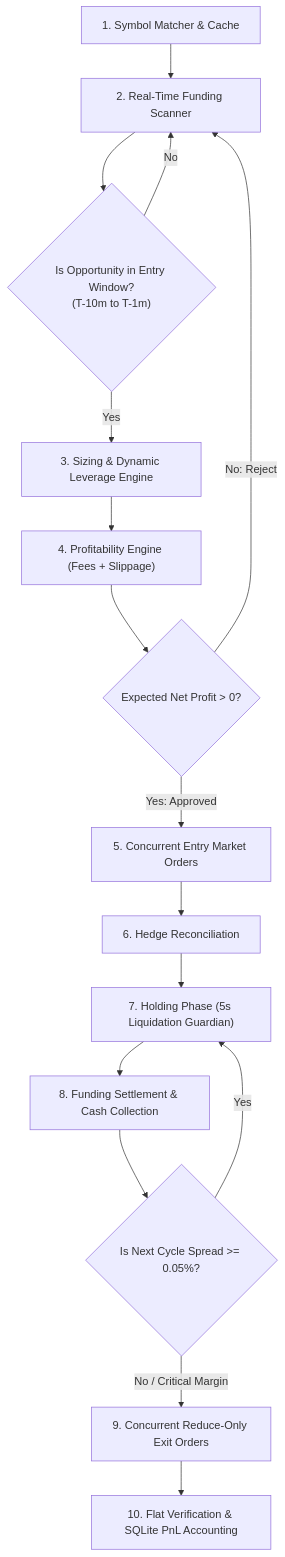
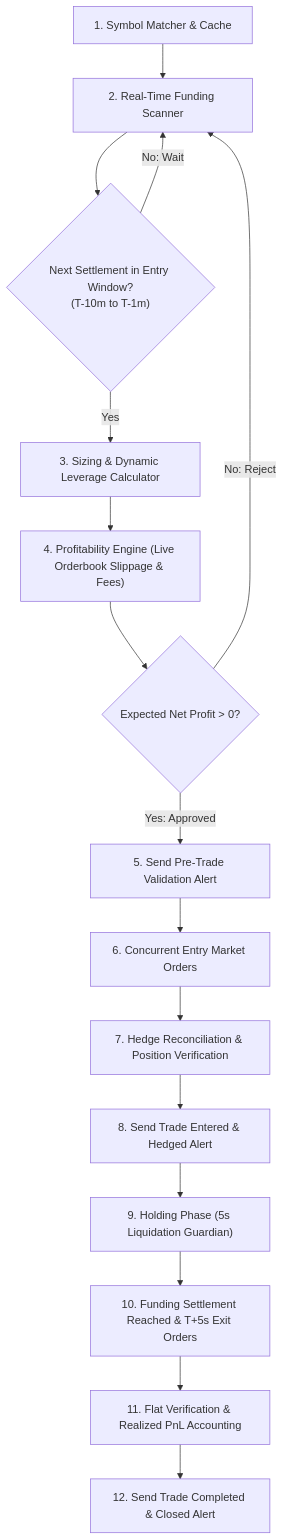
Before and after one commit to yashpatoliya14/funding-nucleus: the diagram in STRATEGY_EXPLAINED.md, drawn with Mermaid. The commit also changed other lines of this file and 1 other file, not shown here.

Commit message:
feat: add script to fix currency formatting in execution engine and update strategy documentation

````diff
--- a/STRATEGY_EXPLAINED.md
+++ b/STRATEGY_EXPLAINED.md
@@ -77,18 +105,18 @@
 ```mermaid
 flowchart TD
     A["1. Symbol Matcher & Cache"] --> B["2. Real-Time Funding Scanner"]
-    B --> C{"Is Opportunity in Entry Window?\n(T-10m to T-1m)"}
-    C -- "No" --> B
-    C -- "Yes" --> D["3. Sizing & Dynamic Leverage Engine"]
-    D --> E["4. Profitability Engine (Fees + Slippage)"]
+    B --> C{"Next Settlement in Entry Window?\n(T-10m to T-1m)"}
+    C -- "No: Wait" --> B
+    C -- "Yes" --> D["3. Sizing & Dynamic Leverage Calculator"]
+    D --> E["4. Profitability Engine (Live Orderbook Slippage & Fees)"]
     E --> F{"Expected Net Profit > 0?"}
     F -- "No: Reject" --> B
-    F -- "Yes: Approved" --> G["5. Concurrent Entry Market Orders"]
-    G --> H["6. Hedge Reconciliation"]
-    H --> I["7. Holding Phase (5s Liquidation Guardian)"]
-    I --> J["8. Funding Settlement & Cash Collection"]
-    J --> K{"Is Next Cycle Spread >= 0.05%?"}
-    K -- "Yes" --> I
-    K -- "No / Critical Margin" --> L["9. Concurrent Reduce-Only Exit Orders"]
-    L --> M["10. Flat Verification & SQLite PnL Accounting"]
+    F -- "Yes: Approved" --> G["5. Send Pre-Trade Validation Alert"]
+    G --> H["6. Concurrent Entry Market Orders"]
+    H --> I["7. Hedge Reconciliation & Position Verification"]
+    I --> J["8. Send Trade Entered & Hedged Alert"]
+    J --> K["9. Holding Phase (5s Liquidation Guardian)"]
+    K --> L["10. Funding Settlement Reached & T+5s Exit Orders"]
+    L --> M["11. Flat Verification & Realized PnL Accounting"]
+    M --> N["12. Send Trade Completed & Closed Alert"]
 ```
````
